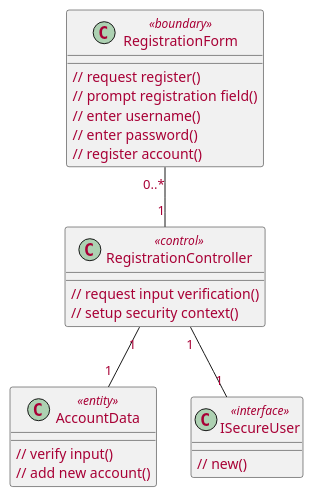
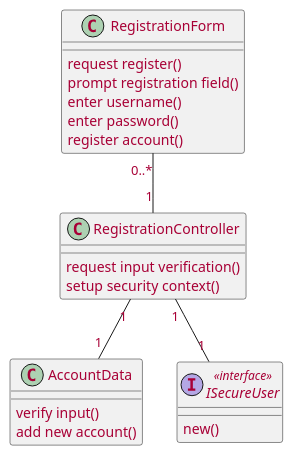
One commit to McSinyx/ipppi changed the fourth of 8 diagrams in source/solution/use-case-design.rst. Above: the diagram before and after it, drawn with PlantUML. The commit also changed other lines of this file, not shown here.

```diff
--- a/source/solution/use-case-design.rst
+++ b/source/solution/use-case-design.rst
@@ -114,29 +114,29 @@
 .. uml::
 
    skinparam defaultFontColor #a80036
 
-   class RegistrationForm <<boundary>> {
-      // request register()
-      // prompt registration field()
-      // enter username()
-      // enter password()
-      // register account()
+   class RegistrationForm {
+      request register()
+      prompt registration field()
+      enter username()
+      enter password()
+      register account()
    }
 
-   class RegistrationController <<control>> {
-      // request input verification()
-      // setup security context()
+   class RegistrationController {
+      request input verification()
+      setup security context()
    }
 
-   class AccountData <<entity>> {
-      // verify input()
-      // add new account()
+   class AccountData {
+      verify input()
+      add new account()
    }
    
-   class ISecureUser <<interface>> {
-      // new()
+   interface ISecureUser <<interface>> {
+      new()
    }   
 
    RegistrationForm "0..*" -- "1" RegistrationController
    RegistrationController "1" -- "1" AccountData
    RegistrationController "1" -- "1" ISecureUser
```
